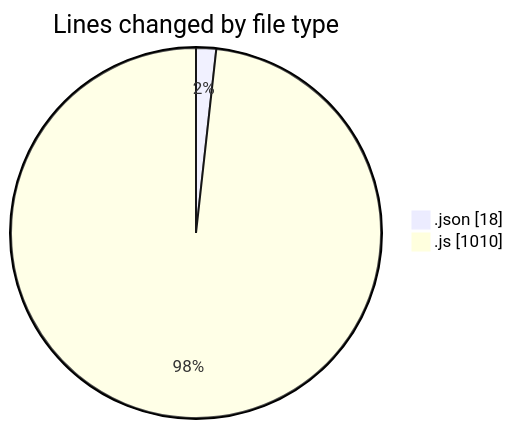
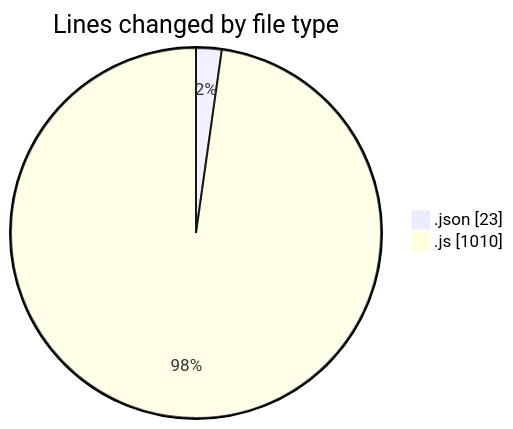
The first of 2 diagrams in 2025-04-01/jsvms/README.md (BS-eng2023/code-tracking), drawn with Mermaid before and after one commit. The commit also changed other lines of this file and 1 other file, not shown here.

````diff
--- a/2025-04-01/jsvms/README.md
+++ b/2025-04-01/jsvms/README.md
@@ -35,6 +36,6 @@
 ```mermaid
 pie showData
 title Lines changed by file type
-".json" : 18
+".json" : 23
 ".js" : 1010
 ```
````
